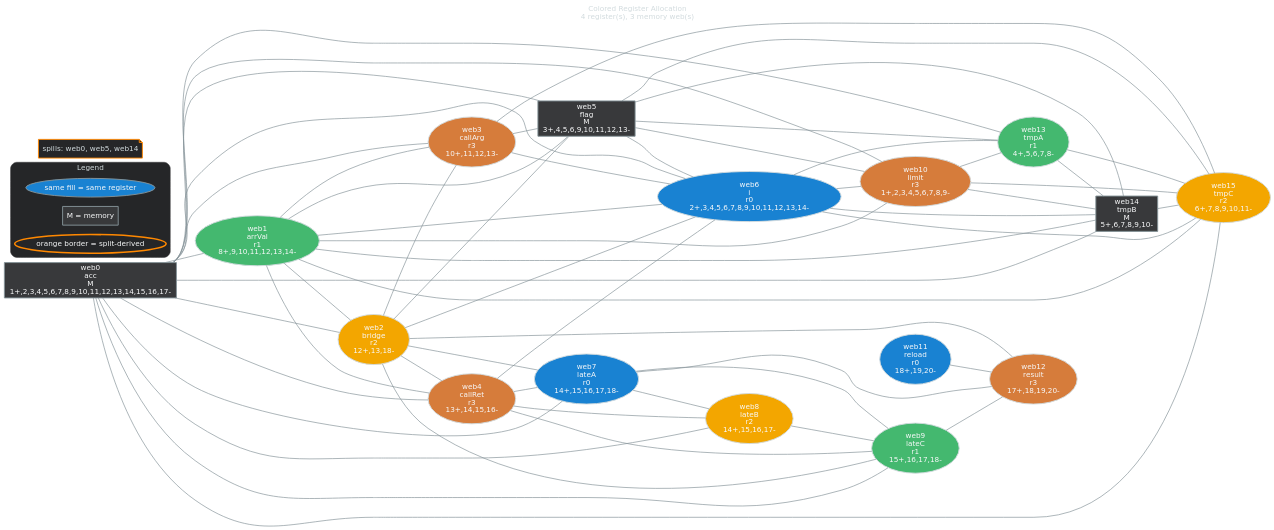
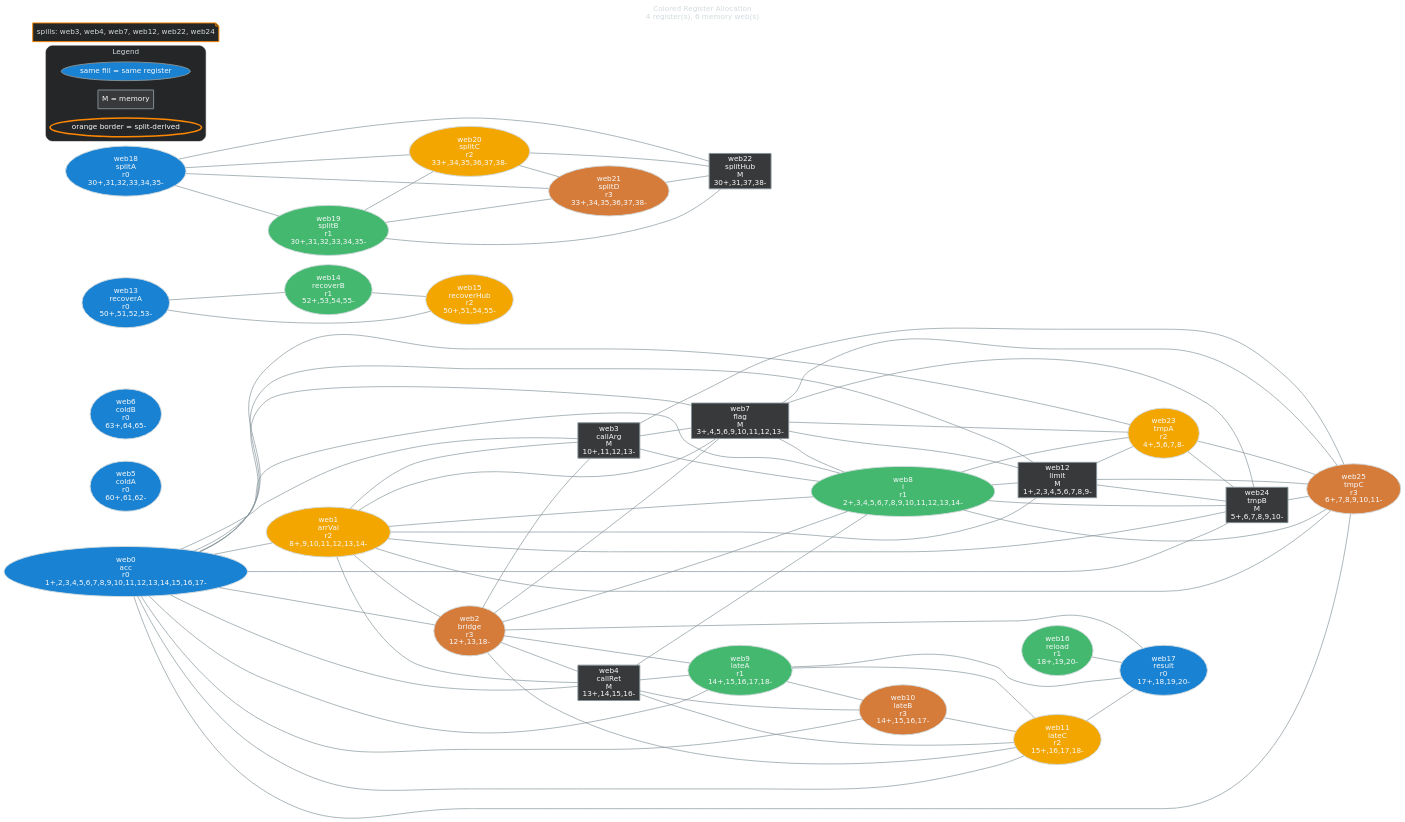
One commit to AlexDTT/CompilerRegisterAllocationProject changed the diagram in presentation_assets/advanced_free.dot. Above: the diagram before and after it, drawn with Graphviz. The commit also changed 71 other files, not shown here.

```diff
--- a/presentation_assets/advanced_free.dot
+++ b/presentation_assets/advanced_free.dot
@@ -1,91 +1,114 @@
 graph allocation {
-    graph [bgcolor="transparent", color="#38393b", rankdir=LR, fontname="DejaVu Sans", fontcolor="#d2dbde", labelloc=t, label="Colored Register Allocation\n4 register(s), 3 memory web(s)"];
+    graph [bgcolor="transparent", color="#38393b", rankdir=LR, fontname="DejaVu Sans", fontcolor="#d2dbde", labelloc=t, label="Colored Register Allocation\n4 register(s), 6 memory web(s)"];
     node [shape=ellipse, style="filled,bold", fontname="DejaVu Sans", fontcolor="#f8f9fa", color="#859399", penwidth=1.8];
     edge [color="#859399", fontcolor="#d2dbde", penwidth=1.3];
 
-    web0 [label="web0\nacc\nM\n1+,2,3,4,5,6,7,8,9,10,11,12,13,14,15,16,17-", fillcolor="#38393b", color="#859399", shape=box, penwidth=1.8];
-    web1 [label="web1\narrVal\nr1\n8+,9,10,11,12,13,14-", fillcolor="#44b86f", color="#d2dbde", shape=ellipse, penwidth=1.8];
-    web2 [label="web2\nbridge\nr2\n12+,13,18-", fillcolor="#f3a600", color="#d2dbde", shape=ellipse, penwidth=1.8];
-    web3 [label="web3\ncallArg\nr3\n10+,11,12,13-", fillcolor="#d67c3b", color="#d2dbde", shape=ellipse, penwidth=1.8];
-    web4 [label="web4\ncallRet\nr3\n13+,14,15,16-", fillcolor="#d67c3b", color="#d2dbde", shape=ellipse, penwidth=1.8];
-    web5 [label="web5\nflag\nM\n3+,4,5,6,9,10,11,12,13-", fillcolor="#38393b", color="#859399", shape=box, penwidth=1.8];
-    web6 [label="web6\ni\nr0\n2+,3,4,5,6,7,8,9,10,11,12,13,14-", fillcolor="#1982d2", color="#d2dbde", shape=ellipse, penwidth=1.8];
-    web7 [label="web7\nlateA\nr0\n14+,15,16,17,18-", fillcolor="#1982d2", color="#d2dbde", shape=ellipse, penwidth=1.8];
-    web8 [label="web8\nlateB\nr2\n14+,15,16,17-", fillcolor="#f3a600", color="#d2dbde", shape=ellipse, penwidth=1.8];
-    web9 [label="web9\nlateC\nr1\n15+,16,17,18-", fillcolor="#44b86f", color="#d2dbde", shape=ellipse, penwidth=1.8];
-    web10 [label="web10\nlimit\nr3\n1+,2,3,4,5,6,7,8,9-", fillcolor="#d67c3b", color="#d2dbde", shape=ellipse, penwidth=1.8];
-    web11 [label="web11\nreload\nr0\n18+,19,20-", fillcolor="#1982d2", color="#d2dbde", shape=ellipse, penwidth=1.8];
-    web12 [label="web12\nresult\nr3\n17+,18,19,20-", fillcolor="#d67c3b", color="#d2dbde", shape=ellipse, penwidth=1.8];
-    web13 [label="web13\ntmpA\nr1\n4+,5,6,7,8-", fillcolor="#44b86f", color="#d2dbde", shape=ellipse, penwidth=1.8];
-    web14 [label="web14\ntmpB\nM\n5+,6,7,8,9,10-", fillcolor="#38393b", color="#859399", shape=box, penwidth=1.8];
-    web15 [label="web15\ntmpC\nr2\n6+,7,8,9,10,11-", fillcolor="#f3a600", color="#d2dbde", shape=ellipse, penwidth=1.8];
+    web0 [label="web0\nacc\nr0\n1+,2,3,4,5,6,7,8,9,10,11,12,13,14,15,16,17-", fillcolor="#1982d2", color="#d2dbde", shape=ellipse, penwidth=1.8];
+    web1 [label="web1\narrVal\nr2\n8+,9,10,11,12,13,14-", fillcolor="#f3a600", color="#d2dbde", shape=ellipse, penwidth=1.8];
+    web2 [label="web2\nbridge\nr3\n12+,13,18-", fillcolor="#d67c3b", color="#d2dbde", shape=ellipse, penwidth=1.8];
+    web3 [label="web3\ncallArg\nM\n10+,11,12,13-", fillcolor="#38393b", color="#859399", shape=box, penwidth=1.8];
+    web4 [label="web4\ncallRet\nM\n13+,14,15,16-", fillcolor="#38393b", color="#859399", shape=box, penwidth=1.8];
+    web5 [label="web5\ncoldA\nr0\n60+,61,62-", fillcolor="#1982d2", color="#d2dbde", shape=ellipse, penwidth=1.8];
+    web6 [label="web6\ncoldB\nr0\n63+,64,65-", fillcolor="#1982d2", color="#d2dbde", shape=ellipse, penwidth=1.8];
+    web7 [label="web7\nflag\nM\n3+,4,5,6,9,10,11,12,13-", fillcolor="#38393b", color="#859399", shape=box, penwidth=1.8];
+    web8 [label="web8\ni\nr1\n2+,3,4,5,6,7,8,9,10,11,12,13,14-", fillcolor="#44b86f", color="#d2dbde", shape=ellipse, penwidth=1.8];
+    web9 [label="web9\nlateA\nr1\n14+,15,16,17,18-", fillcolor="#44b86f", color="#d2dbde", shape=ellipse, penwidth=1.8];
+    web10 [label="web10\nlateB\nr3\n14+,15,16,17-", fillcolor="#d67c3b", color="#d2dbde", shape=ellipse, penwidth=1.8];
+    web11 [label="web11\nlateC\nr2\n15+,16,17,18-", fillcolor="#f3a600", color="#d2dbde", shape=ellipse, penwidth=1.8];
+    web12 [label="web12\nlimit\nM\n1+,2,3,4,5,6,7,8,9-", fillcolor="#38393b", color="#859399", shape=box, penwidth=1.8];
+    web13 [label="web13\nrecoverA\nr0\n50+,51,52,53-", fillcolor="#1982d2", color="#d2dbde", shape=ellipse, penwidth=1.8];
+    web14 [label="web14\nrecoverB\nr1\n52+,53,54,55-", fillcolor="#44b86f", color="#d2dbde", shape=ellipse, penwidth=1.8];
+    web15 [label="web15\nrecoverHub\nr2\n50+,51,54,55-", fillcolor="#f3a600", color="#d2dbde", shape=ellipse, penwidth=1.8];
+    web16 [label="web16\nreload\nr1\n18+,19,20-", fillcolor="#44b86f", color="#d2dbde", shape=ellipse, penwidth=1.8];
+    web17 [label="web17\nresult\nr0\n17+,18,19,20-", fillcolor="#1982d2", color="#d2dbde", shape=ellipse, penwidth=1.8];
+    web18 [label="web18\nsplitA\nr0\n30+,31,32,33,34,35-", fillcolor="#1982d2", color="#d2dbde", shape=ellipse, penwidth=1.8];
+    web19 [label="web19\nsplitB\nr1\n30+,31,32,33,34,35-", fillcolor="#44b86f", color="#d2dbde", shape=ellipse, penwidth=1.8];
+    web20 [label="web20\nsplitC\nr2\n33+,34,35,36,37,38-", fillcolor="#f3a600", color="#d2dbde", shape=ellipse, penwidth=1.8];
+    web21 [label="web21\nsplitD\nr3\n33+,34,35,36,37,38-", fillcolor="#d67c3b", color="#d2dbde", shape=ellipse, penwidth=1.8];
+    web22 [label="web22\nsplitHub\nM\n30+,31,37,38-", fillcolor="#38393b", color="#859399", shape=box, penwidth=1.8];
+    web23 [label="web23\ntmpA\nr2\n4+,5,6,7,8-", fillcolor="#f3a600", color="#d2dbde", shape=ellipse, penwidth=1.8];
+    web24 [label="web24\ntmpB\nM\n5+,6,7,8,9,10-", fillcolor="#38393b", color="#859399", shape=box, penwidth=1.8];
+    web25 [label="web25\ntmpC\nr3\n6+,7,8,9,10,11-", fillcolor="#d67c3b", color="#d2dbde", shape=ellipse, penwidth=1.8];
     web0 -- web1;
     web0 -- web2;
     web0 -- web3;
     web0 -- web4;
-    web0 -- web5;
-    web0 -- web6;
     web0 -- web7;
     web0 -- web8;
     web0 -- web9;
     web0 -- web10;
-    web0 -- web13;
-    web0 -- web14;
-    web0 -- web15;
+    web0 -- web11;
+    web0 -- web12;
+    web0 -- web23;
+    web0 -- web24;
+    web0 -- web25;
     web1 -- web2;
     web1 -- web3;
     web1 -- web4;
-    web1 -- web5;
-    web1 -- web6;
-    web1 -- web10;
-    web1 -- web14;
-    web1 -- web15;
+    web1 -- web7;
+    web1 -- web8;
+    web1 -- web12;
+    web1 -- web24;
+    web1 -- web25;
     web2 -- web3;
     web2 -- web4;
-    web2 -- web5;
-    web2 -- web6;
     web2 -- web7;
+    web2 -- web8;
     web2 -- web9;
-    web2 -- web12;
-    web3 -- web5;
-    web3 -- web6;
-    web3 -- web15;
-    web4 -- web6;
-    web4 -- web7;
+    web2 -- web11;
+    web2 -- web17;
+    web3 -- web7;
+    web3 -- web8;
+    web3 -- web25;
     web4 -- web8;
     web4 -- web9;
-    web5 -- web6;
-    web5 -- web10;
-    web5 -- web13;
-    web5 -- web14;
-    web5 -- web15;
-    web6 -- web10;
-    web6 -- web13;
-    web6 -- web14;
-    web6 -- web15;
+    web4 -- web10;
+    web4 -- web11;
     web7 -- web8;
-    web7 -- web9;
     web7 -- web12;
-    web8 -- web9;
-    web9 -- web12;
-    web10 -- web13;
-    web10 -- web14;
-    web10 -- web15;
-    web11 -- web12;
+    web7 -- web23;
+    web7 -- web24;
+    web7 -- web25;
+    web8 -- web12;
+    web8 -- web23;
+    web8 -- web24;
+    web8 -- web25;
+    web9 -- web10;
+    web9 -- web11;
+    web9 -- web17;
+    web10 -- web11;
+    web11 -- web17;
+    web12 -- web23;
+    web12 -- web24;
+    web12 -- web25;
     web13 -- web14;
     web13 -- web15;
     web14 -- web15;
+    web16 -- web17;
+    web18 -- web19;
+    web18 -- web20;
+    web18 -- web21;
+    web18 -- web22;
+    web19 -- web20;
+    web19 -- web21;
+    web19 -- web22;
+    web20 -- web21;
+    web20 -- web22;
+    web21 -- web22;
+    web23 -- web24;
+    web23 -- web25;
+    web24 -- web25;
 
     subgraph cluster_legend {
         label="Legend";
         fontcolor="#d2dbde";
         color="#38393b";
         style="rounded,filled";
         fillcolor="#252628";
         key_reg [label="same fill = same register", fillcolor="#1982d2", shape=ellipse];
         key_mem [label="M = memory", fillcolor="#38393b", shape=box, color="#859399"];
         key_split [label="orange border = split-derived", fillcolor="#252628", color="#ff8800", penwidth=3.0];
     }
 
-    note [shape=note, fillcolor="#252628", color="#ff8800", fontcolor="#d2dbde", label="spills: web0, web5, web14"];
+    note [shape=note, fillcolor="#252628", color="#ff8800", fontcolor="#d2dbde", label="spills: web3, web4, web7, web12, web22, web24"];
 }
```
